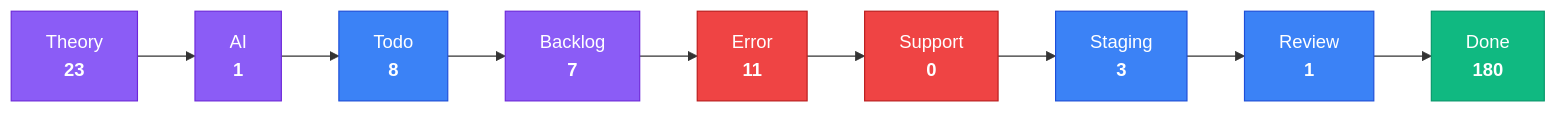
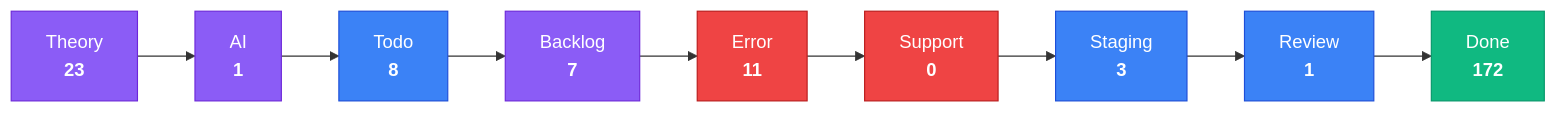
Before and after one commit to KBVE/kbve: the third of 4 diagrams in apps/kbve/astro-kbve/src/content/docs/dashboard/kanban-data.mdx, drawn with Mermaid. The commit also changed other lines of this file and 8 other files, not shown here.

````diff
--- a/apps/kbve/astro-kbve/src/content/docs/dashboard/kanban-data.mdx
+++ b/apps/kbve/astro-kbve/src/content/docs/dashboard/kanban-data.mdx
@@ -80,28 +80,28 @@
 ```mermaid
 flowchart LR
     classDef planning fill:#8b5cf6,stroke:#6d28d9,color:#fff
     classDef active fill:#3b82f6,stroke:#1d4ed8,color:#fff
     classDef blocked fill:#ef4444,stroke:#b91c1c,color:#fff
     classDef done fill:#10b981,stroke:#059669,color:#fff
     Theory["Theory<br/><strong>23</strong>"]
     Theory --> AI
     AI["AI<br/><strong>1</strong>"]
     AI --> Todo
     Todo["Todo<br/><strong>8</strong>"]
     Todo --> Backlog
     Backlog["Backlog<br/><strong>7</strong>"]
     Backlog --> Error
     Error["Error<br/><strong>11</strong>"]
     Error --> Support
     Support["Support<br/><strong>0</strong>"]
     Support --> Staging
     Staging["Staging<br/><strong>3</strong>"]
     Staging --> Review
     Review["Review<br/><strong>1</strong>"]
     Review --> Done
-    Done["Done<br/><strong>180</strong>"]
+    Done["Done<br/><strong>172</strong>"]
     class Theory,AI,Backlog planning
     class Todo,Staging,Review active
     class Error,Support blocked
     class Done done
 ```
````
